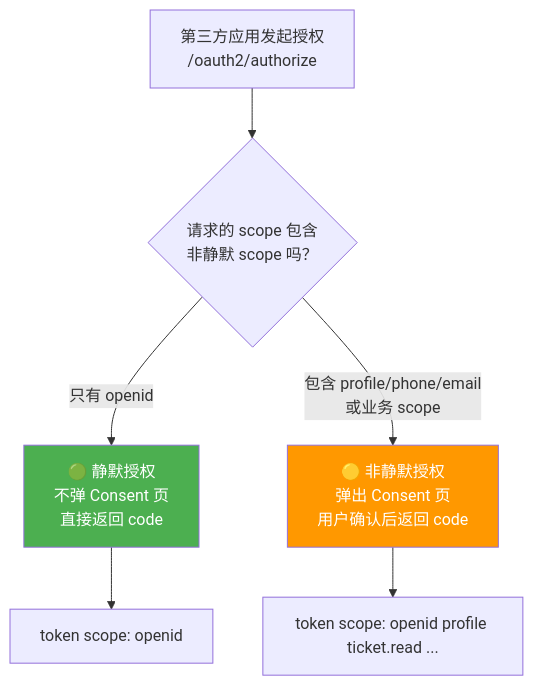
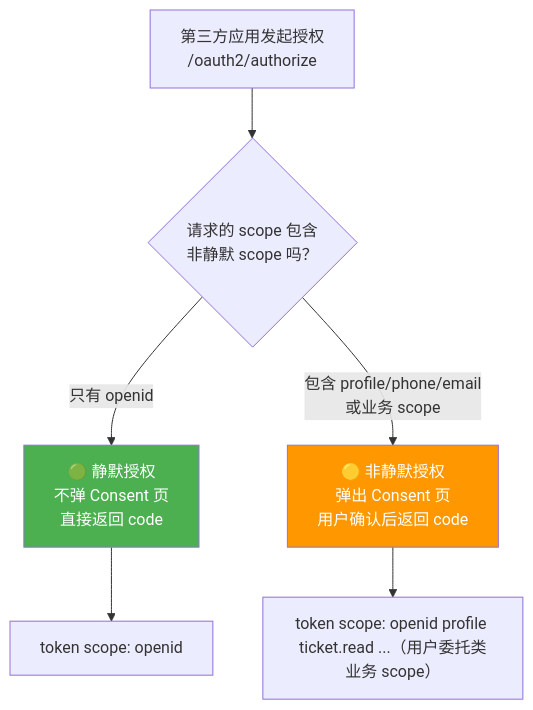
Before and after one commit to codingoer/spring-authorization-server: the first of 10 diagrams in samples/scope-plan.md, drawn with Mermaid. The commit also changed other lines of this file and 1 other file, not shown here.

Commit message:
scope plan

````diff
--- a/samples/scope-plan.md
+++ b/samples/scope-plan.md
@@ -85,13 +118,13 @@
 ```mermaid
 flowchart TD
     A["第三方应用发起授权<br/>/oauth2/authorize"] --> B{"请求的 scope 包含<br/>非静默 scope 吗？"}
 
     B -->|"只有 openid"| C["🟢 静默授权<br/>不弹 Consent 页<br/>直接返回 code"]
     B -->|"包含 profile/phone/email<br/>或业务 scope"| D["🟡 非静默授权<br/>弹出 Consent 页<br/>用户确认后返回 code"]
 
     C --> E["token scope: openid"]
-    D --> F["token scope: openid profile ticket.read ..."]
+    D --> F["token scope: openid profile ticket.read ...（用户委托类业务 scope）"]
 
     style C fill:#4CAF50,color:#fff
     style D fill:#FF9800,color:#fff
 ```
````
